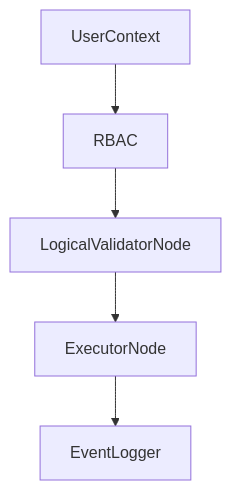
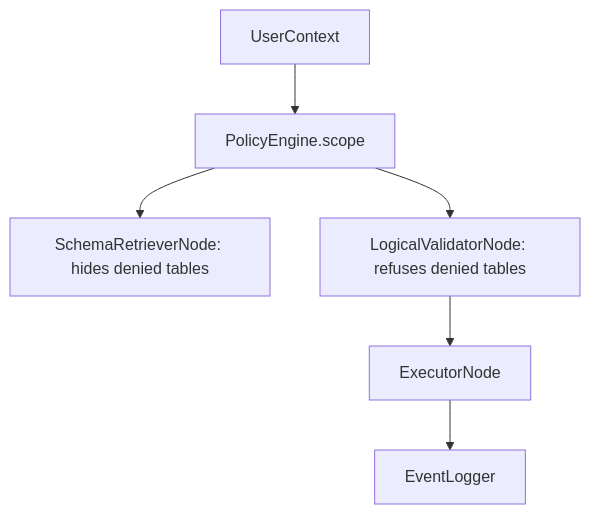
Before and after one commit to nadeem4/nl2sql: the diagram in docs/security/model.md, drawn with Mermaid. The commit also changed other lines of this file and 93 other files, not shown here.

First line of the commit message:
feat(policies): allow and deny globs, one Scope, denied tables hidden from the planner (P1) (#285)

````diff
--- a/docs/security/model.md
+++ b/docs/security/model.md
@@ -107,7 +108,8 @@
 ```mermaid
 flowchart TD
-    User[UserContext] --> RBAC[RBAC]
-    RBAC --> Validator[LogicalValidatorNode]
+    User[UserContext] --> Scope[PolicyEngine.scope]
+    Scope --> Retriever[SchemaRetrieverNode: hides denied tables]
+    Scope --> Validator[LogicalValidatorNode: refuses denied tables]
     Validator --> Executor[ExecutorNode]
     Executor --> Audit[EventLogger]
 ```
````
